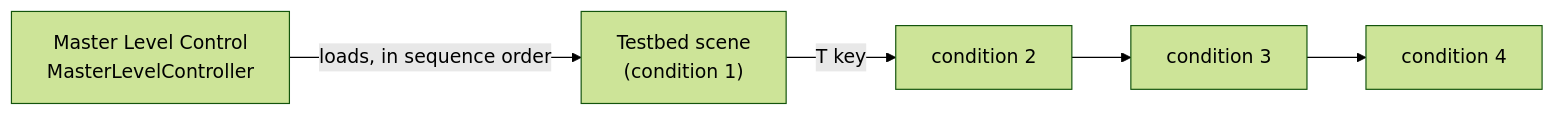
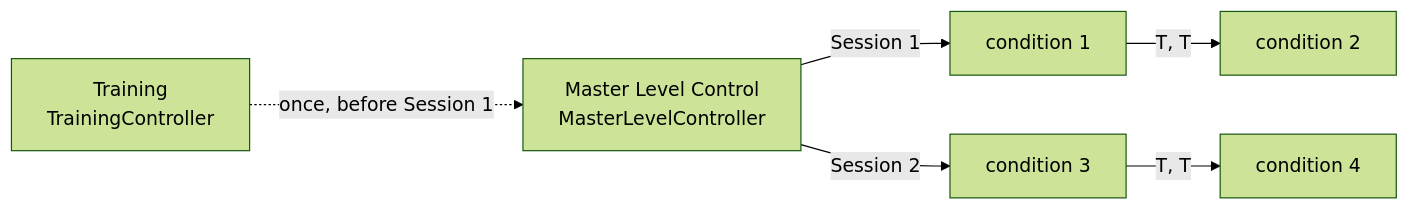
The first of 2 diagrams in docs/architecture.md (s91alimora/Intelligent-Social-AR), drawn with Mermaid (forest theme) before and after one commit. The commit also changed other lines of this file and 5 other files, not shown here.

Commit message:
Document training mode, the two-session flow and passthrough setup

````diff
--- a/docs/architecture.md
+++ b/docs/architecture.md
@@ -7,5 +7,6 @@
 ```mermaid
 flowchart LR
-    M["Master Level Control<br/>MasterLevelController"] -->|loads, in sequence order| S1["Testbed scene<br/>(condition 1)"]
-    S1 -->|T key| S2["condition 2"] --> S3["condition 3"] --> S4["condition 4"]
+    T["Training<br/>TrainingController"] -.->|once, before Session 1| M
+    M["Master Level Control<br/>MasterLevelController"] -->|Session 1| S1["condition 1"] -->|T, T| S2["condition 2"]
+    M -->|Session 2| S3["condition 3"] -->|T, T| S4["condition 4"]
 ```
````
